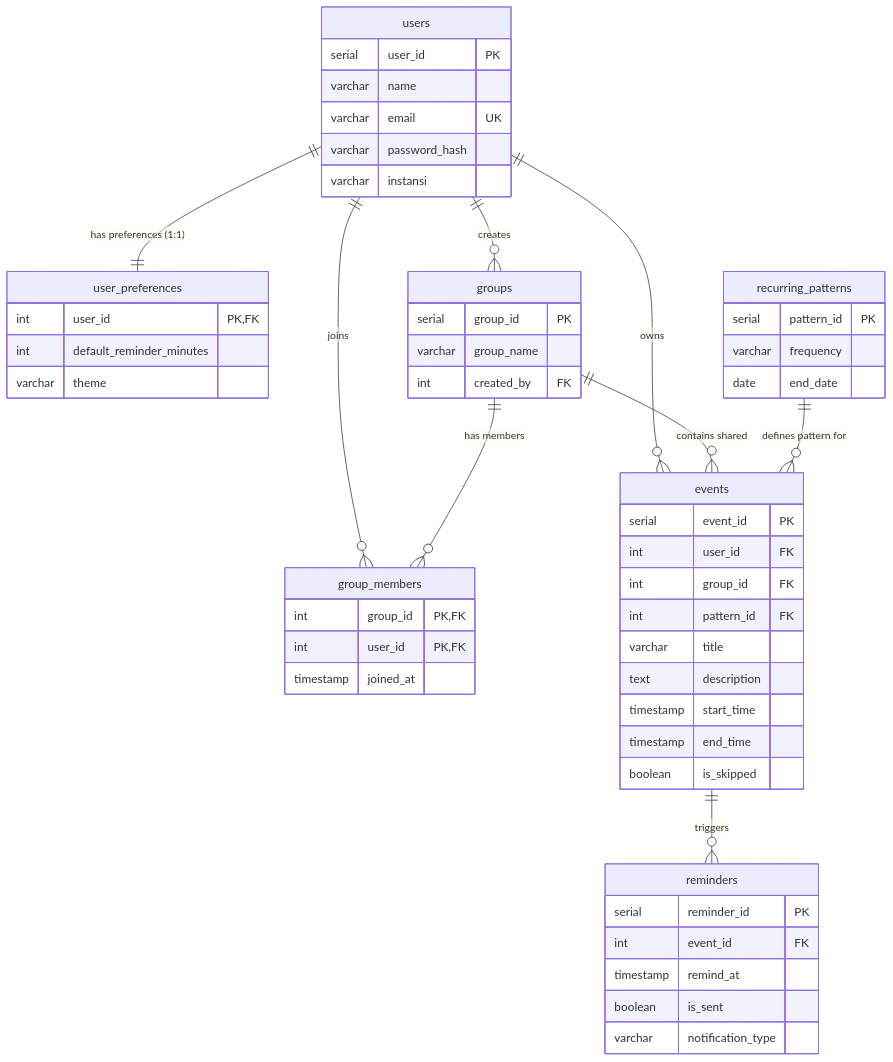
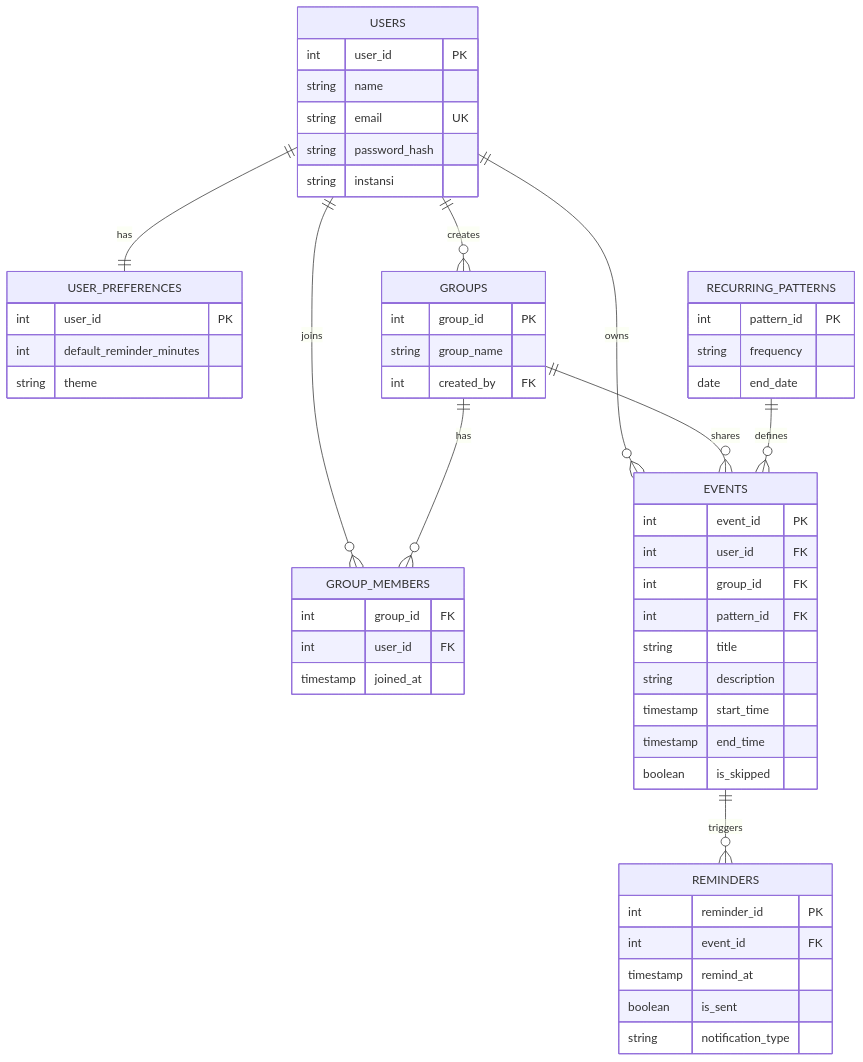
One commit to misaelsammy/simaju-backend changed the diagram in README.md. Above: the diagram before and after it, drawn with Mermaid. The commit also changed other lines of this file, not shown here.

Commit message:
fix(docs): fix Mermaid ERD syntax and trim deployment tutorial

````diff
--- a/README.md
+++ b/README.md
@@ -32,63 +32,63 @@
 ```mermaid
 erDiagram
-    users ||--|| user_preferences : "has preferences (1:1)"
-    users ||--o{ groups : "creates"
-    users ||--o{ group_members : "joins"
-    groups ||--o{ group_members : "has members"
-    users ||--o{ events : "owns"
-    groups ||--o{ events : "contains shared"
-    recurring_patterns ||--o{ events : "defines pattern for"
-    events ||--o{ reminders : "triggers"
+    USERS ||--|| USER_PREFERENCES : "has"
+    USERS ||--o{ GROUPS : "creates"
+    USERS ||--o{ GROUP_MEMBERS : "joins"
+    GROUPS ||--o{ GROUP_MEMBERS : "has"
+    USERS ||--o{ EVENTS : "owns"
+    GROUPS ||--o{ EVENTS : "shares"
+    RECURRING_PATTERNS ||--o{ EVENTS : "defines"
+    EVENTS ||--o{ REMINDERS : "triggers"
 
-    users {
-        serial user_id PK
-        varchar name
-        varchar email UK
-        varchar password_hash
-        varchar instansi
+    USERS {
+        int user_id PK
+        string name
+        string email UK
+        string password_hash
+        string instansi
     }
 
-    user_preferences {
-        int user_id PK,FK
+    USER_PREFERENCES {
+        int user_id PK
         int default_reminder_minutes
-        varchar theme
+        string theme
     }
 
-    groups {
-        serial group_id PK
-        varchar group_name
+    GROUPS {
+        int group_id PK
+        string group_name
         int created_by FK
     }
 
-    group_members {
-        int group_id PK,FK
-        int user_id PK,FK
+    GROUP_MEMBERS {
+        int group_id FK
+        int user_id FK
         timestamp joined_at
     }
 
-    recurring_patterns {
-        serial pattern_id PK
-        varchar frequency
+    RECURRING_PATTERNS {
+        int pattern_id PK
+        string frequency
         date end_date
     }
 
-    events {
-        serial event_id PK
+    EVENTS {
+        int event_id PK
         int user_id FK
         int group_id FK
         int pattern_id FK
-        varchar title
-        text description
+        string title
+        string description
         timestamp start_time
         timestamp end_time
         boolean is_skipped
     }
 
-    reminders {
-        serial reminder_id PK
+    REMINDERS {
+        int reminder_id PK
         int event_id FK
         timestamp remind_at
         boolean is_sent
-        varchar notification_type
+        string notification_type
     }
 ```
````
